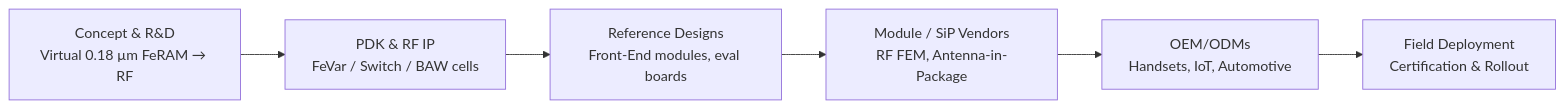
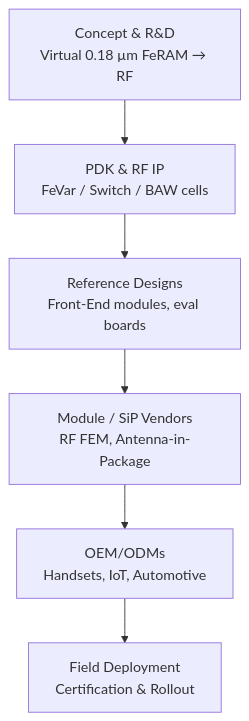
One commit to Samizo-AITL/Edusemi-Plus changed the second of 3 diagrams in applied-devices/rf-devices/README.md. Above: the diagram before and after it, drawn with Mermaid.

````diff
--- a/applied-devices/rf-devices/README.md
+++ b/applied-devices/rf-devices/README.md
@@ -106,8 +106,8 @@
 ```mermaid
-flowchart LR
+flowchart TB
   RnD[Concept & R&D<br/>Virtual 0.18 µm FeRAM → RF] --> PDK[PDK & RF IP<br/>FeVar / Switch / BAW cells]
   PDK --> REF[Reference Designs<br/>Front-End modules, eval boards]
   REF --> SiP[Module / SiP Vendors<br/>RF FEM, Antenna-in-Package]
   SiP --> OEM[OEM/ODMs<br/>Handsets, IoT, Automotive]
   OEM --> Field[Field Deployment<br/>Certification & Rollout]
 ```
````
